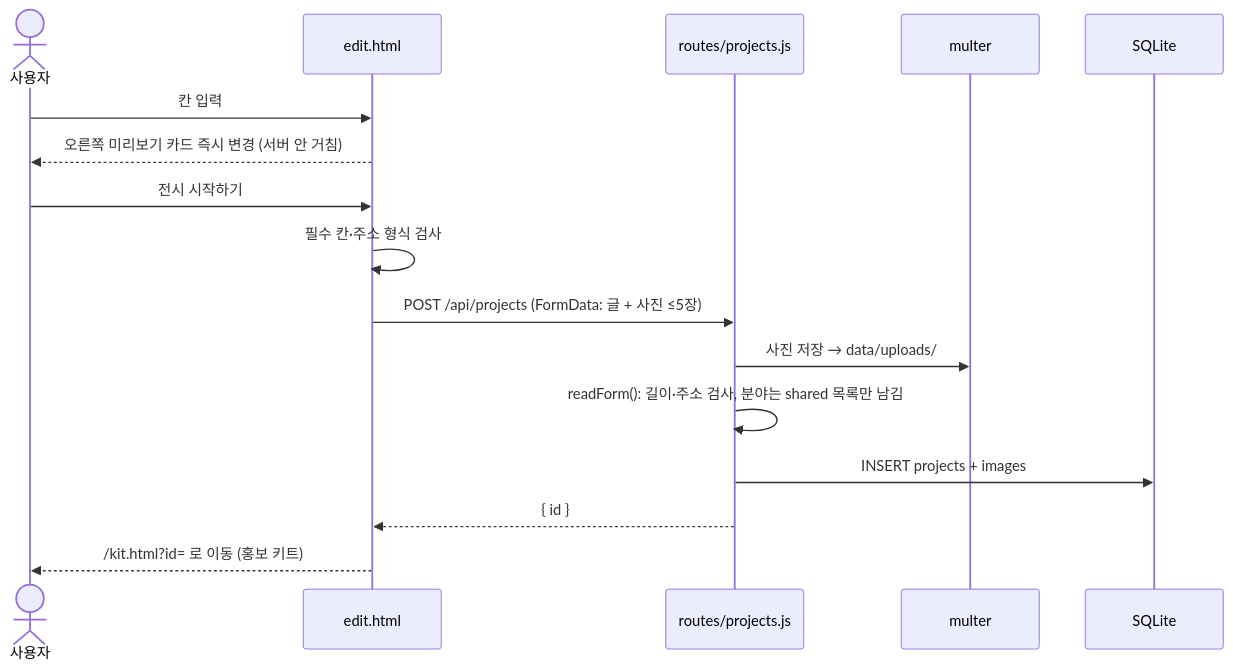
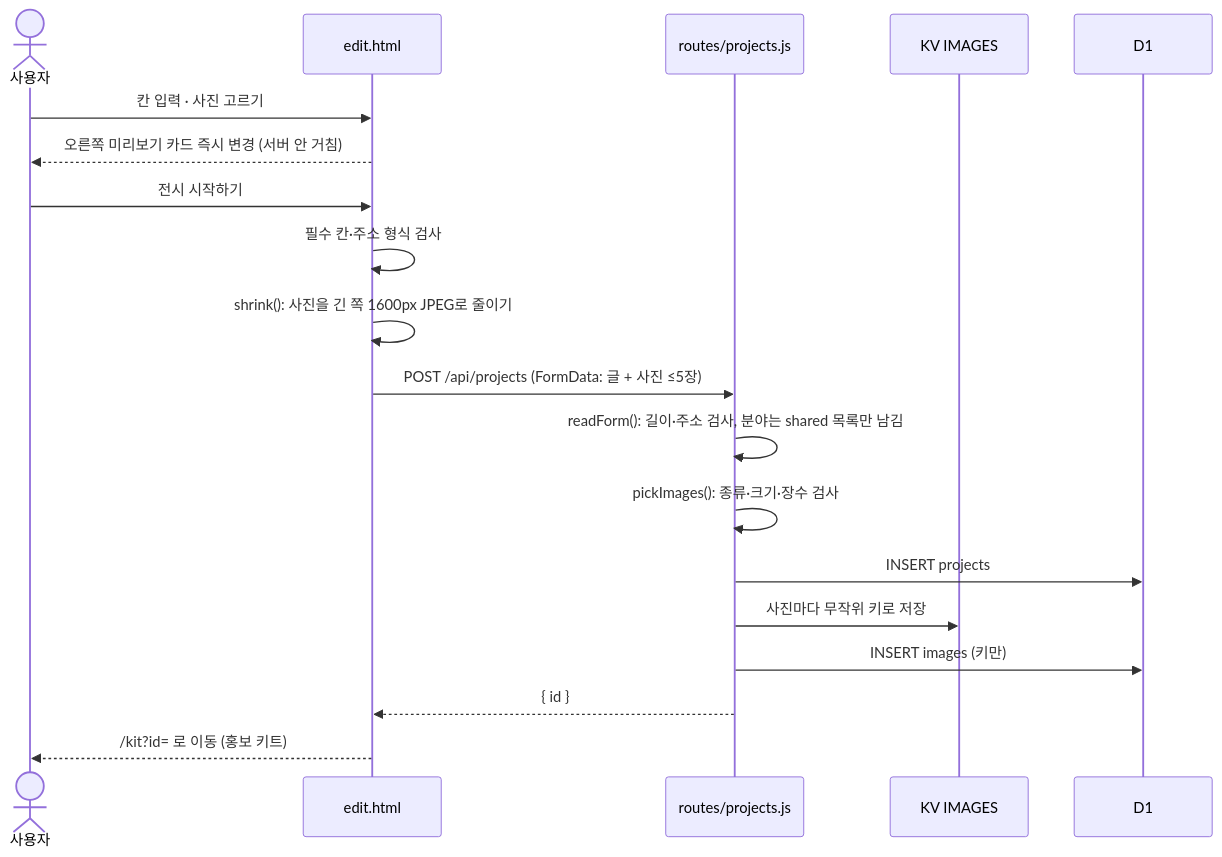
The fourth of 8 diagrams in docs/WORKFLOW.md (10x4hs/p-art), drawn with Mermaid before and after one commit. The commit also changed other lines of this file and 5 other files, not shown here.

````diff
--- a/docs/WORKFLOW.md
+++ b/docs/WORKFLOW.md
@@ -105,19 +110,22 @@
 ```mermaid
 sequenceDiagram
   actor U as 사용자
   participant E as edit.html
   participant P as routes/projects.js
-  participant M as multer
-  participant DB as SQLite
+  participant KV as KV IMAGES
+  participant DB as D1
 
-  U->>E: 칸 입력
+  U->>E: 칸 입력 · 사진 고르기
   E-->>U: 오른쪽 미리보기 카드 즉시 변경 (서버 안 거침)
   U->>E: 전시 시작하기
   E->>E: 필수 칸·주소 형식 검사
+  E->>E: shrink(): 사진을 긴 쪽 1600px JPEG로 줄이기
   E->>P: POST /api/projects (FormData: 글 + 사진 ≤5장)
-  P->>M: 사진 저장 → data/uploads/
   P->>P: readForm(): 길이·주소 검사, 분야는 shared 목록만 남김
-  P->>DB: INSERT projects + images
+  P->>P: pickImages(): 종류·크기·장수 검사
+  P->>DB: INSERT projects
+  P->>KV: 사진마다 무작위 키로 저장
+  P->>DB: INSERT images (키만)
   P-->>E: { id }
-  E-->>U: /kit.html?id= 로 이동 (홍보 키트)
+  E-->>U: /kit?id= 로 이동 (홍보 키트)
 ```
````
